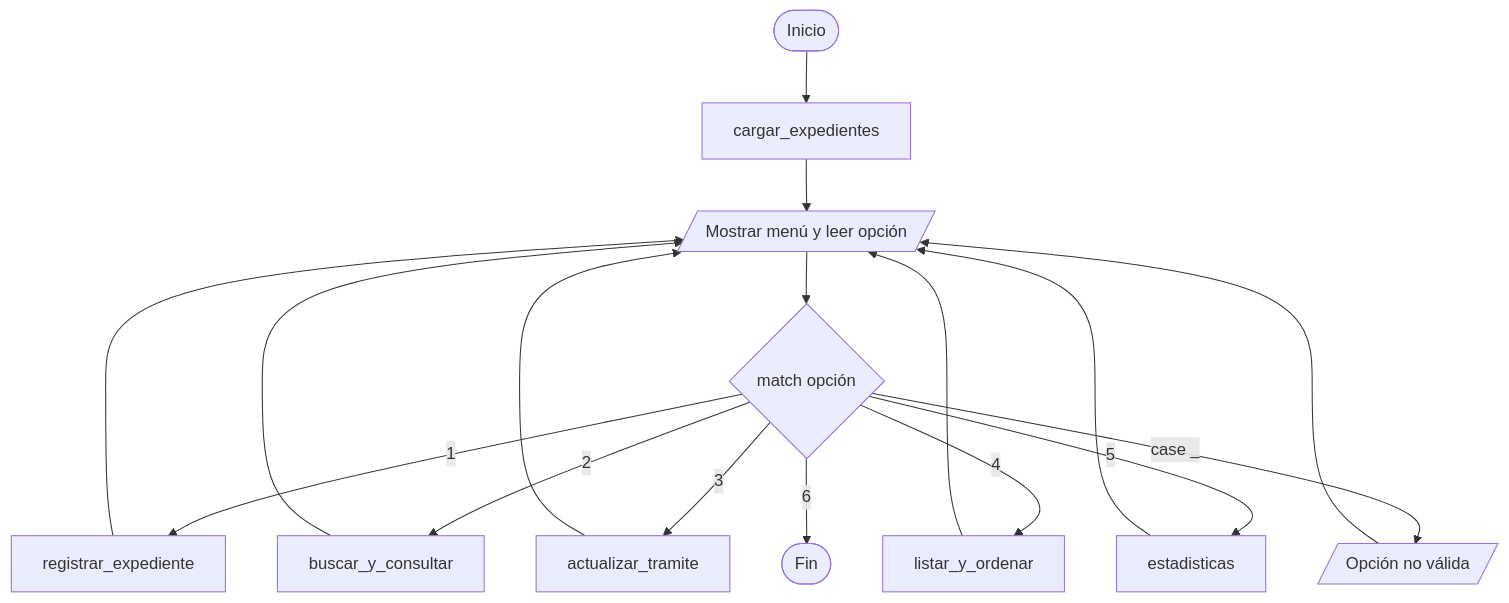
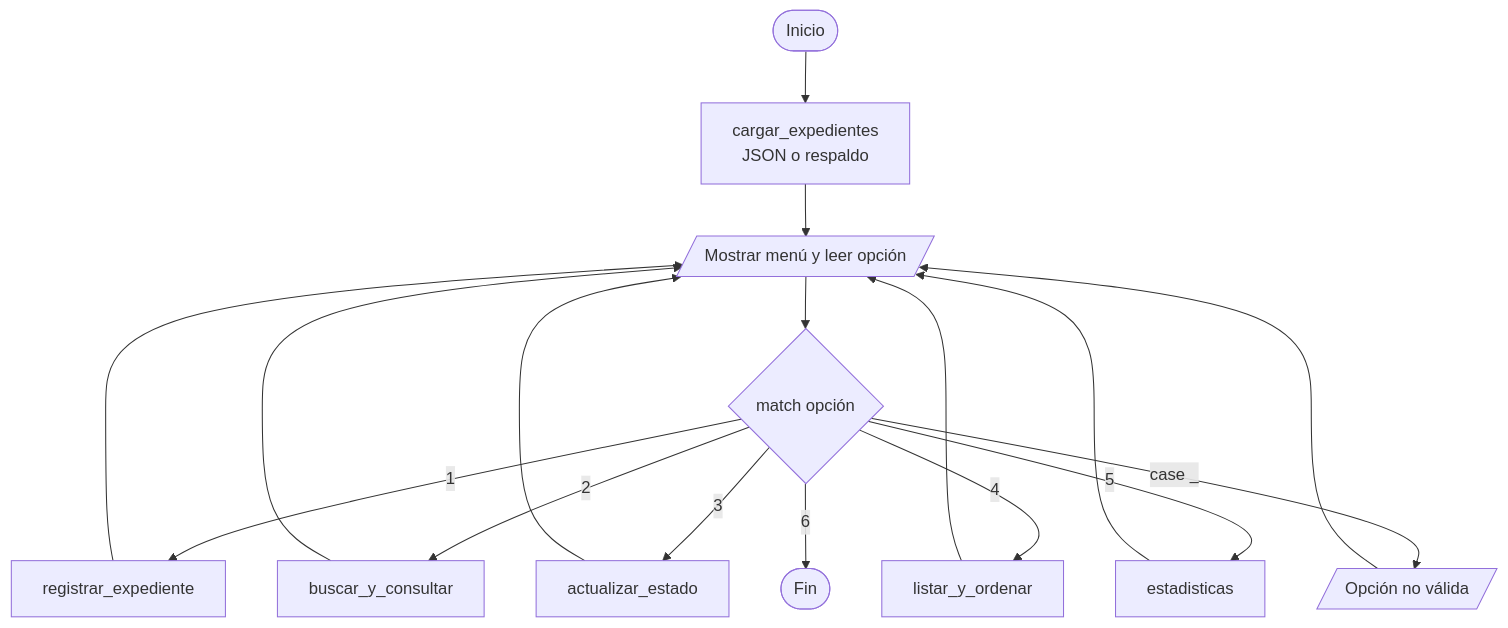
The diagram in README.md (amiir3k/mesa-partes-digital), drawn with Mermaid before and after one commit. The commit also changed other lines of this file and 7 other files, not shown here.

First line of the commit message:
Actualizar README, diagramas y capturas a la versión modular

````diff
--- a/README.md
+++ b/README.md
@@ -134,14 +141,14 @@
 ```mermaid
 flowchart TD
-    A([Inicio]) --> B[cargar_expedientes]
+    A([Inicio]) --> B[cargar_expedientes<br/>JSON o respaldo]
     B --> C[/Mostrar menú y leer opción/]
     C --> D{match opción}
     D -- 1 --> E[registrar_expediente]
     D -- 2 --> F[buscar_y_consultar]
-    D -- 3 --> G[actualizar_tramite]
+    D -- 3 --> G[actualizar_estado]
     D -- 4 --> H[listar_y_ordenar]
     D -- 5 --> I[estadisticas]
     D -- case _ --> L[/Opción no válida/]
     D -- 6 --> Z([Fin])
     E & F & G & H & I & L --> C
 ```
````
